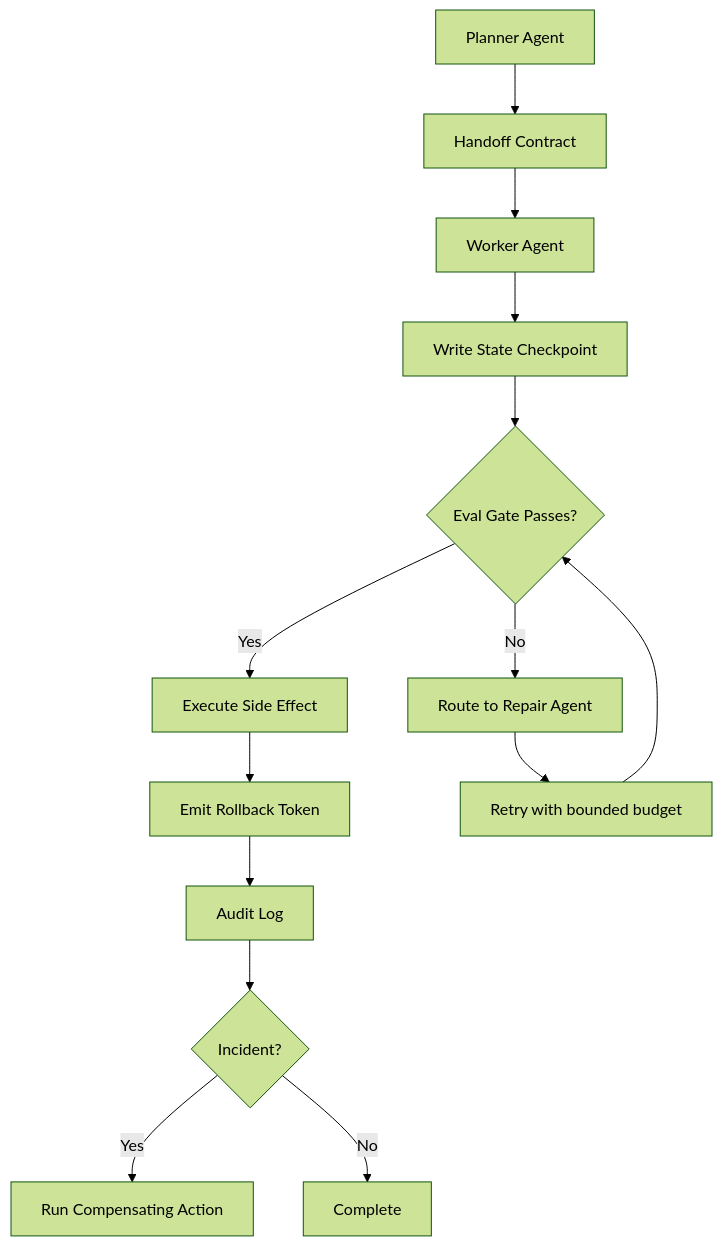
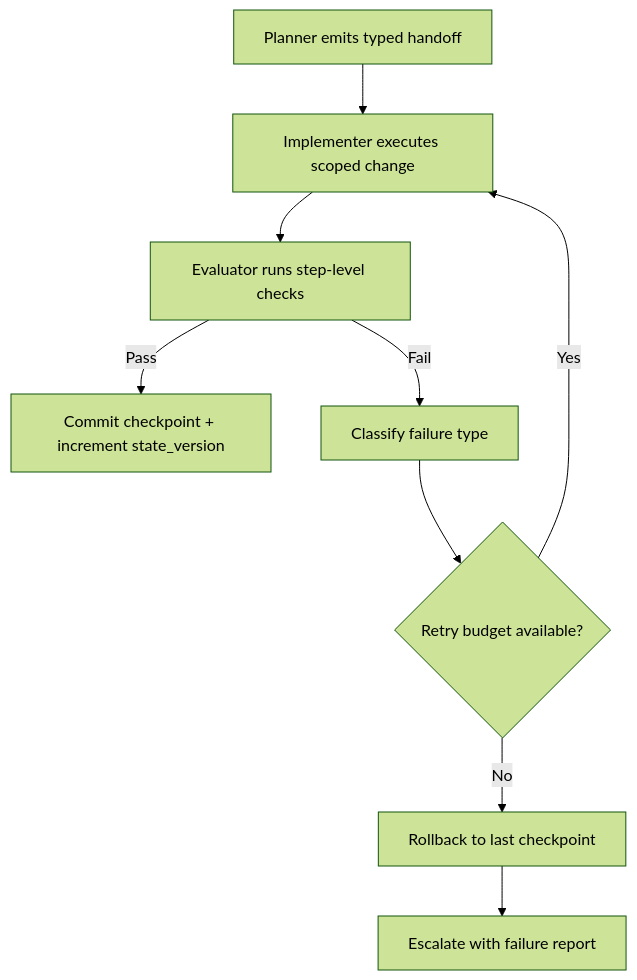
One commit to victorstack-ai/agent-blog changed the diagram in blog/2026-02-24-multi-agent-reliability-playbook-github-deep-dive.md. Above: the diagram before and after it, drawn with Mermaid (forest theme). The commit also changed other lines of this file, not shown here.

Commit message:
Add multi-agent reliability playbook from GitHub deep dive

````diff
--- a/blog/2026-02-24-multi-agent-reliability-playbook-github-deep-dive.md
+++ b/blog/2026-02-24-multi-agent-reliability-playbook-github-deep-dive.md
@@ -32,16 +58,11 @@
 ```mermaid
 flowchart TD
-  A[Planner Agent] --> B[Handoff Contract]
-  B --> C[Worker Agent]
-  C --> D[Write State Checkpoint]
-  D --> E{Eval Gate Passes?}
-  E -- Yes --> F[Execute Side Effect]
-  E -- No --> G[Route to Repair Agent]
-  F --> H[Emit Rollback Token]
-  H --> I[Audit Log]
-  G --> J[Retry with bounded budget]
-  J --> E
-  I --> K{Incident?}
-  K -- Yes --> L[Run Compensating Action]
-  K -- No --> M[Complete]
+    A[Planner emits typed handoff] --> B[Implementer executes scoped change]
+    B --> C[Evaluator runs step-level checks]
+    C -->|Pass| D[Commit checkpoint + increment state_version]
+    C -->|Fail| E[Classify failure type]
+    E --> F{Retry budget available?}
+    F -->|Yes| B
+    F -->|No| G[Rollback to last checkpoint]
+    G --> H[Escalate with failure report]
 ```
````
